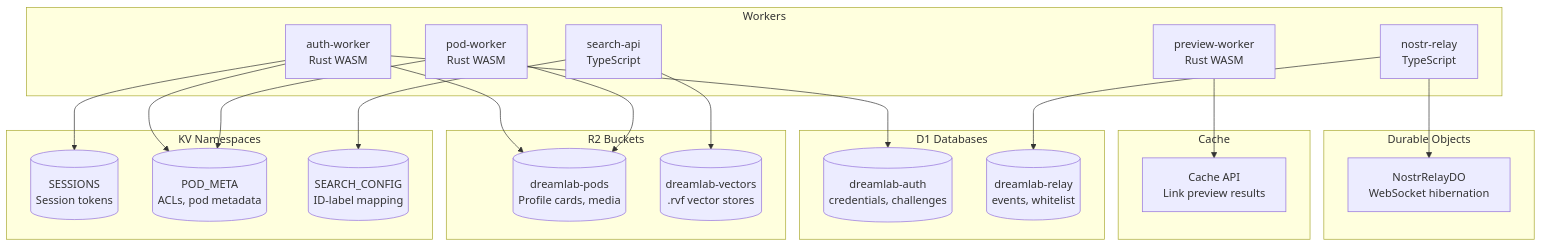
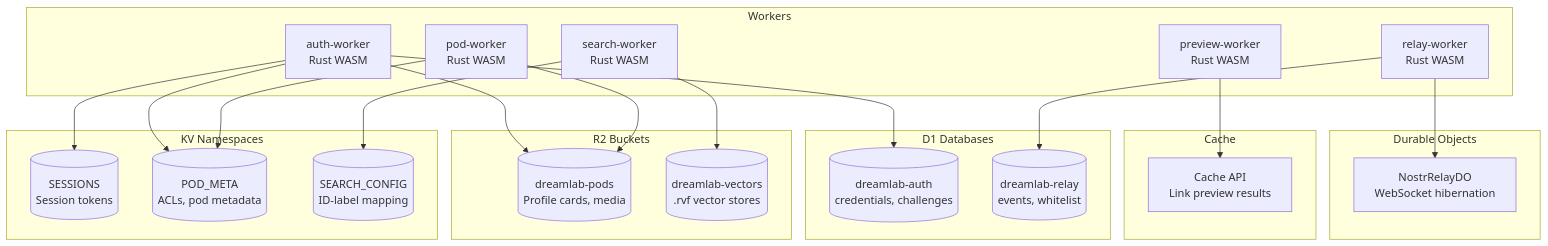
Before and after one commit to DreamLab-AI/dreamlab-ai-website: the second of 2 diagrams in docs/deployment/CLOUDFLARE_WORKERS.md, drawn with Mermaid. The commit also changed other lines of this file and 32 other files, not shown here.

First line of the commit message:
Update docs, add nostr-relay scripts, tweak Index.tsx

````diff
--- a/docs/deployment/CLOUDFLARE_WORKERS.md
+++ b/docs/deployment/CLOUDFLARE_WORKERS.md
@@ -57,50 +50,50 @@
 ```mermaid
 graph TB
     subgraph "Workers"
         AUTH[auth-worker<br/>Rust WASM]
         POD[pod-worker<br/>Rust WASM]
         PREVIEW[preview-worker<br/>Rust WASM]
-        RELAY[nostr-relay<br/>TypeScript]
-        SEARCH[search-api<br/>TypeScript]
+        RELAY[relay-worker<br/>Rust WASM]
+        SEARCH[search-worker<br/>Rust WASM]
     end
 
     subgraph "D1 Databases"
         D1_AUTH[(dreamlab-auth<br/>credentials, challenges)]
         D1_RELAY[(dreamlab-relay<br/>events, whitelist)]
     end
 
     subgraph "KV Namespaces"
         KV_SESSIONS[(SESSIONS<br/>Session tokens)]
         KV_POD_META[(POD_META<br/>ACLs, pod metadata)]
         KV_SEARCH[(SEARCH_CONFIG<br/>ID-label mapping)]
     end
 
     subgraph "R2 Buckets"
         R2_PODS[(dreamlab-pods<br/>Profile cards, media)]
         R2_VECTORS[(dreamlab-vectors<br/>.rvf vector stores)]
     end
 
     subgraph "Durable Objects"
         DO[NostrRelayDO<br/>WebSocket hibernation]
     end
 
     subgraph "Cache"
         CACHE[Cache API<br/>Link preview results]
     end
 
     AUTH --> D1_AUTH
     AUTH --> KV_SESSIONS
     AUTH --> KV_POD_META
     AUTH --> R2_PODS
 
     POD --> R2_PODS
     POD --> KV_POD_META
 
     PREVIEW --> CACHE
 
     RELAY --> D1_RELAY
     RELAY --> DO
 
     SEARCH --> R2_VECTORS
     SEARCH --> KV_SEARCH
 ```
````
